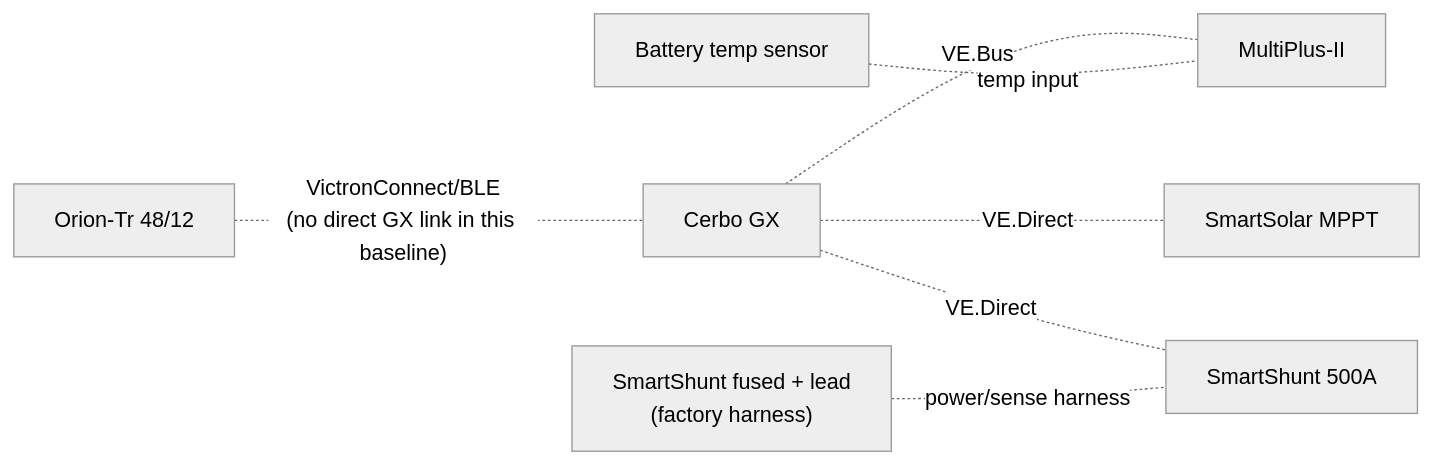
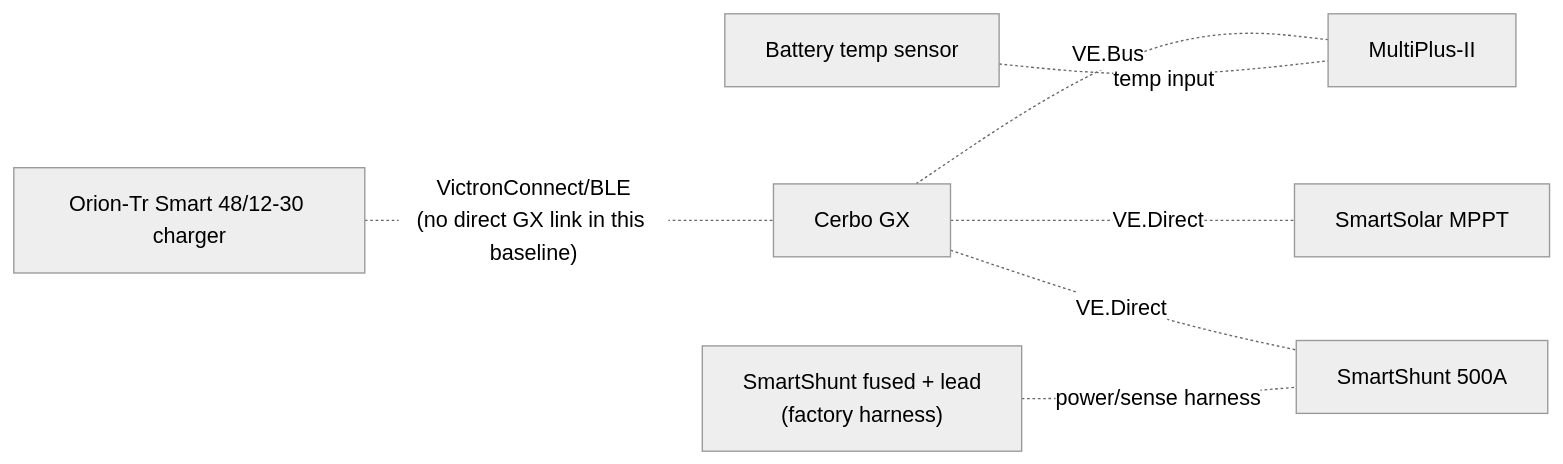
The fourth of 4 diagrams in docs/ELECTRICAL_overview_diagram.md (DataDaneDev/HiatusBuild), drawn with Mermaid (neutral theme) before and after one commit. The commit also changed other lines of this file and 9 other files, not shown here.

````diff
--- a/docs/ELECTRICAL_overview_diagram.md
+++ b/docs/ELECTRICAL_overview_diagram.md
@@ -244,17 +253,17 @@
 ```mermaid
 flowchart LR
     CERBO["Cerbo GX"]
     MULTI["MultiPlus-II"]
     MPPT["SmartSolar MPPT"]
     SHUNT["SmartShunt 500A"]
-    ORION["Orion-Tr 48/12"]
+    ORION["Orion-Tr Smart 48/12-30 charger"]
     BTEMP["Battery temp sensor"]
     SHUNT_PWR["SmartShunt fused + lead\n(factory harness)"]
 
     CERBO -. "VE.Bus" .- MULTI
     CERBO -. "VE.Direct" .- MPPT
     CERBO -. "VE.Direct" .- SHUNT
     ORION -. "VictronConnect/BLE\n(no direct GX link in this baseline)" .- CERBO
     BTEMP -. "temp input" .- MULTI
     SHUNT_PWR -. "power/sense harness" .- SHUNT
 ```
````
